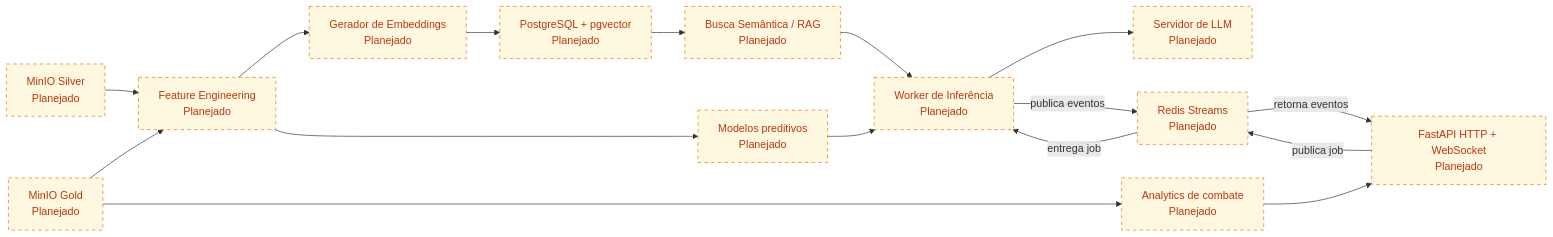
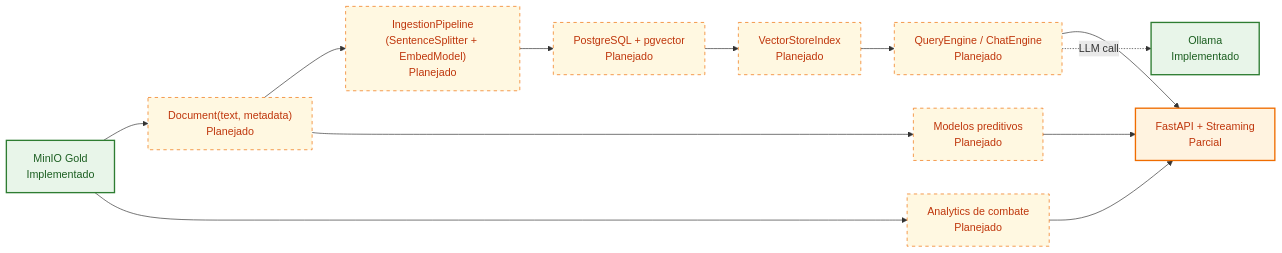
The third of 4 diagrams in README.md (pedroandrade03/rag-intelligence), drawn with Mermaid before and after one commit. The commit also changed other lines of this file, not shown here.

Commit message:
docs: update README for LlamaIndex arch

````diff
--- a/README.md
+++ b/README.md
@@ -136,29 +131,26 @@
 ```mermaid
 flowchart LR
-    silver["MinIO Silver<br/>Planejado"]
-    gold["MinIO Gold<br/>Planejado"]
-    fe["Feature Engineering<br/>Planejado"]
-    emb["Gerador de Embeddings<br/>Planejado"]
+    gold["MinIO Gold<br/>Implementado"]
+    docs["Document(text, metadata)<br/>Planejado"]
+    ingest["IngestionPipeline<br/>(SentenceSplitter + EmbedModel)<br/>Planejado"]
     pgvector["PostgreSQL + pgvector<br/>Planejado"]
-    rag["Busca Semântica / RAG<br/>Planejado"]
-    worker["Worker de Inferência<br/>Planejado"]
-    llm["Servidor de LLM<br/>Planejado"]
+    index["VectorStoreIndex<br/>Planejado"]
+    query["QueryEngine / ChatEngine<br/>Planejado"]
+    ollama["Ollama<br/>Implementado"]
     analytics["Analytics de combate<br/>Planejado"]
     models["Modelos preditivos<br/>Planejado"]
-    api["FastAPI HTTP + WebSocket<br/>Planejado"]
-    redis["Redis Streams<br/>Planejado"]
+    api["FastAPI + Streaming<br/>Parcial"]
 
-    silver --> fe
-    gold --> fe
-    fe --> emb --> pgvector --> rag --> worker
-    api -->|"publica job"| redis
-    redis -->|"entrega job"| worker
-    worker --> llm
-    worker -->|"publica eventos"| redis
-    redis -->|"retorna eventos"| api
+    gold --> docs --> ingest --> pgvector
+    pgvector --> index --> query --> api
+    query -.->|"LLM call"| ollama
     gold --> analytics --> api
-    fe --> models --> worker
+    docs --> models --> api
 
+    classDef implemented fill:#e8f5e9,stroke:#2e7d32,color:#1b5e20,stroke-width:2px;
     classDef planned fill:#fff8e1,stroke:#ef6c00,color:#bf360c,stroke-dasharray: 5 5;
-    class silver,gold,fe,emb,pgvector,rag,worker,llm,analytics,models,api,redis planned;
+    classDef partial fill:#fff3e0,stroke:#ef6c00,color:#bf360c,stroke-width:2px;
+    class gold,ollama implemented;
+    class api partial;
+    class docs,ingest,pgvector,index,query,analytics,models planned;
 ```
````
